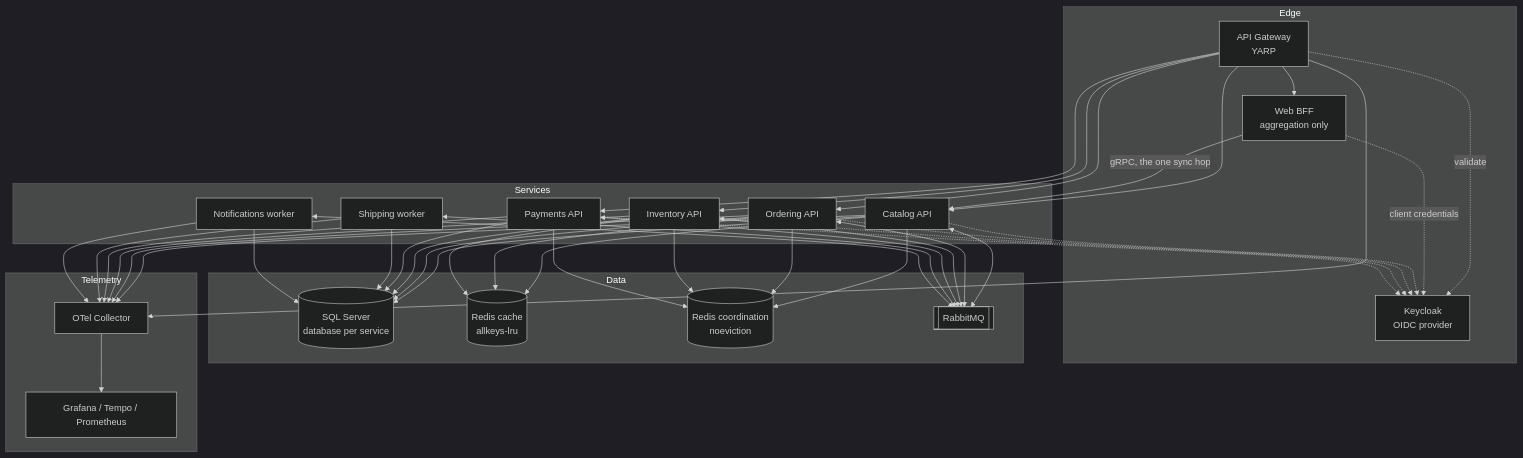
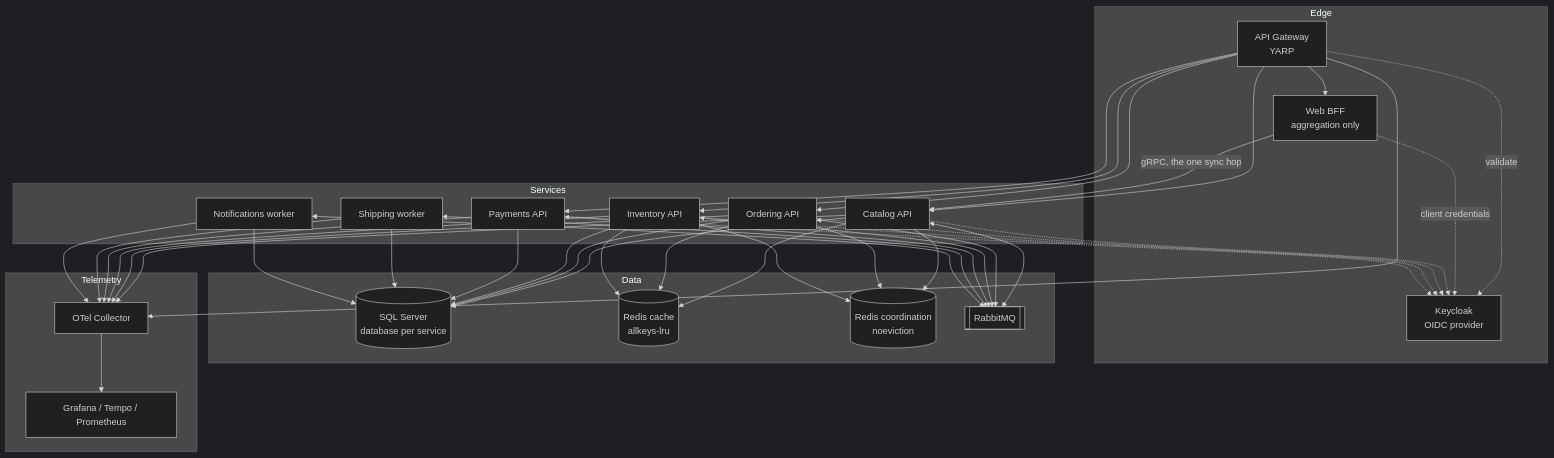
One commit to alexander-shamray/blueprint-backend changed the second of 2 diagrams in docs/backend-architecture/02-architecture-at-a-glance.md. Above: the diagram before and after it, drawn with Mermaid (dark theme).

Commit message:
docs: §2's diagram stops drawing Payments to the coordination Redis
The bullet under the diagram says Payments reaches neither Redis
instance, and the diagram above it still drew PAY --> RK, so the
chapter contradicted itself across twelve lines. The sentence is the
one the service honours — Payments registers no connection and its
Compose unit names no Redis — so the edge goes and the prose stands.

Claude-Session: https://claude.ai/code/session_01GfPQRM5CZFpZ8hox5tHDKR

````diff
--- a/docs/backend-architecture/02-architecture-at-a-glance.md
+++ b/docs/backend-architecture/02-architecture-at-a-glance.md
@@ -27,75 +27,74 @@
 ```mermaid
 graph TB
     subgraph Edge
         GW[API Gateway<br/>YARP]
         BFF[Web BFF<br/>aggregation only]
         IDP[Keycloak<br/>OIDC provider]
     end
 
     subgraph Services
         CAT[Catalog API]
         ORD[Ordering API]
         INV[Inventory API]
         PAY[Payments API]
         SHP[Shipping worker]
         NOT[Notifications worker]
     end
 
     subgraph Data
         SQL[(SQL Server<br/>database per service)]
         RC[(Redis cache<br/>allkeys-lru)]
         RK[(Redis coordination<br/>noeviction)]
         MQ[[RabbitMQ]]
     end
 
     subgraph Telemetry
         OTEL[OTel Collector]
         GRAF[Grafana / Tempo / Prometheus]
     end
 
     GW --> CAT
     GW --> ORD
     GW --> INV
     GW --> PAY
     GW --> BFF
 
     BFF -->|gRPC, the one sync hop| CAT
 
     GW -.->|validate| IDP
     BFF -.->|client credentials| IDP
     CAT -.-> IDP
     ORD -.-> IDP
     INV -.-> IDP
     PAY -.-> IDP
 
     CAT --> SQL
     ORD --> SQL
     INV --> SQL
     PAY --> SQL
     SHP --> SQL
     NOT --> SQL
 
     CAT --> RC
     ORD --> RC
     INV --> RC
     CAT --> RK
     ORD --> RK
     INV --> RK
-    PAY --> RK
 
     CAT <--> MQ
     ORD <--> MQ
     INV <--> MQ
     PAY <--> MQ
     SHP <--> MQ
     NOT <--> MQ
 
     CAT --> OTEL
     ORD --> OTEL
     INV --> OTEL
     PAY --> OTEL
     SHP --> OTEL
     NOT --> OTEL
     GW  --> OTEL
     OTEL --> GRAF
 ```
````
